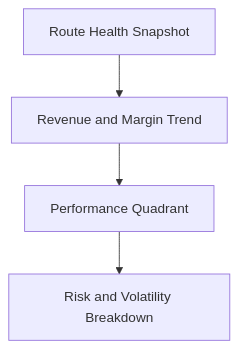
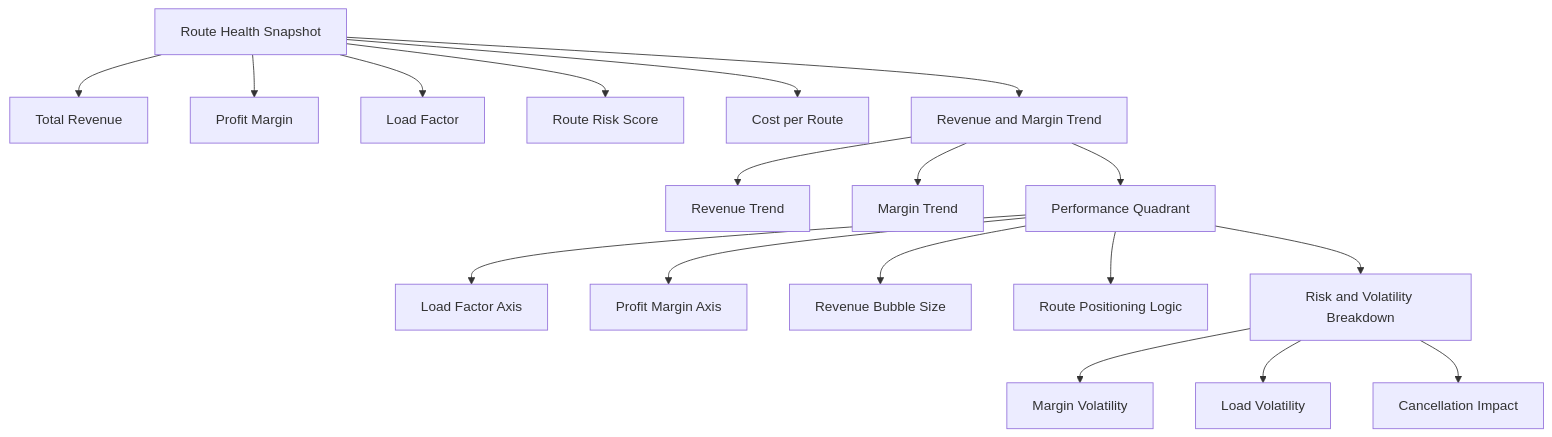
Before and after one commit to AwesomeAnil/Federated-Insights-Case-Study: the diagram in docs/route_analytics_architecture.md, drawn with Mermaid. The commit also changed other lines of this file, not shown here.

Commit message:
Update route_analytics_architecture.md
updated mermaid for Page Architecture.

````diff
--- a/docs/route_analytics_architecture.md
+++ b/docs/route_analytics_architecture.md
@@ -35,12 +35,47 @@
 ```mermaid
 flowchart TB
 
     A[Route Health Snapshot]
+    A1[Total Revenue]
+    A2[Profit Margin]
+    A3[Load Factor]
+    A4[Route Risk Score]
+    A5[Cost per Route]
+
     B[Revenue and Margin Trend]
+    B1[Revenue Trend]
+    B2[Margin Trend]
+
     C[Performance Quadrant]
+    C1[Load Factor Axis]
+    C2[Profit Margin Axis]
+    C3[Revenue Bubble Size]
+    C4[Route Positioning Logic]
+
     D[Risk and Volatility Breakdown]
+    D1[Margin Volatility]
+    D2[Load Volatility]
+    D3[Cancellation Impact]
 
     A --> B
     B --> C
     C --> D
+
+    A --> A1
+    A --> A2
+    A --> A3
+    A --> A4
+    A --> A5
+
+    B --> B1
+    B --> B2
+
+    C --> C1
+    C --> C2
+    C --> C3
+    C --> C4
+
+    D --> D1
+    D --> D2
+    D --> D3
 ```
````
